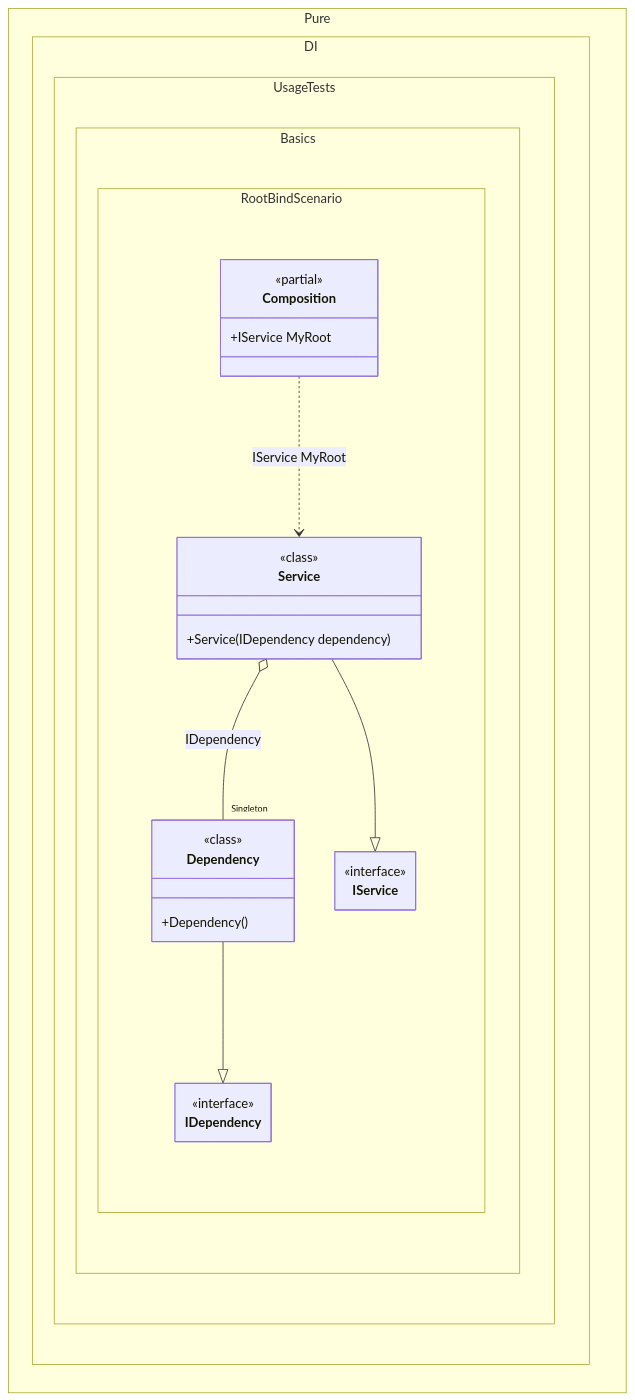
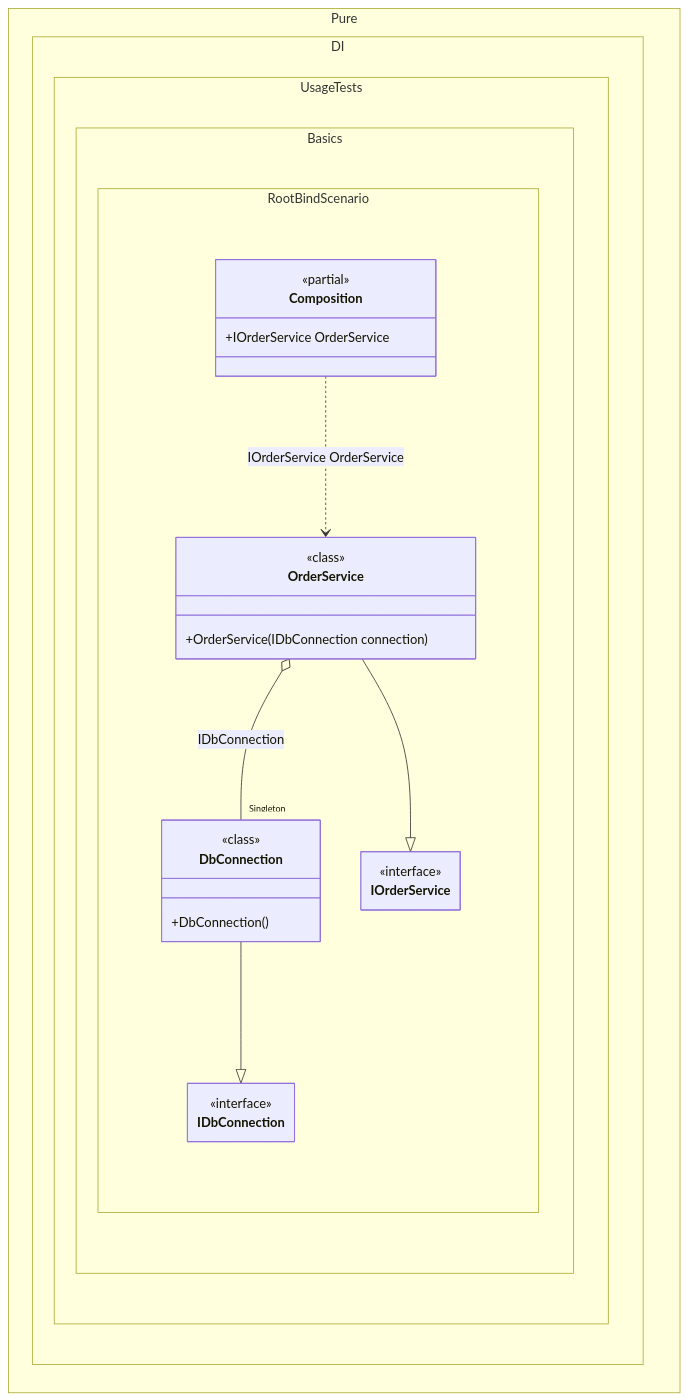
The diagram in readme/root-binding.md (DevTeam/Pure.DI), drawn with Mermaid before and after one commit. The commit also changed other lines of this file and 126 other files, not shown here.

````diff
--- a/readme/root-binding.md
+++ b/readme/root-binding.md
@@ -107,34 +112,34 @@
 ```mermaid
 ---
  config:
   maxTextSize: 2147483647
   maxEdges: 2147483647
   class:
    hideEmptyMembersBox: true
 ---
 classDiagram
-	Dependency --|> IDependency
-	Service --|> IService
-	Composition ..> Service : IService MyRoot
-	Service o-- "Singleton" Dependency : IDependency
+	DbConnection --|> IDbConnection
+	OrderService --|> IOrderService
+	Composition ..> OrderService : IOrderService OrderService
+	OrderService o-- "Singleton" DbConnection : IDbConnection
 	namespace Pure.DI.UsageTests.Basics.RootBindScenario {
 		class Composition {
 		<<partial>>
-		+IService MyRoot
+		+IOrderService OrderService
 		}
-		class Dependency {
+		class DbConnection {
 				<<class>>
-			+Dependency()
+			+DbConnection()
 		}
-		class IDependency {
+		class IDbConnection {
 			<<interface>>
 		}
-		class IService {
+		class IOrderService {
 			<<interface>>
 		}
-		class Service {
+		class OrderService {
 				<<class>>
-			+Service(IDependency dependency)
+			+OrderService(IDbConnection connection)
 		}
 	}
 ```
````
